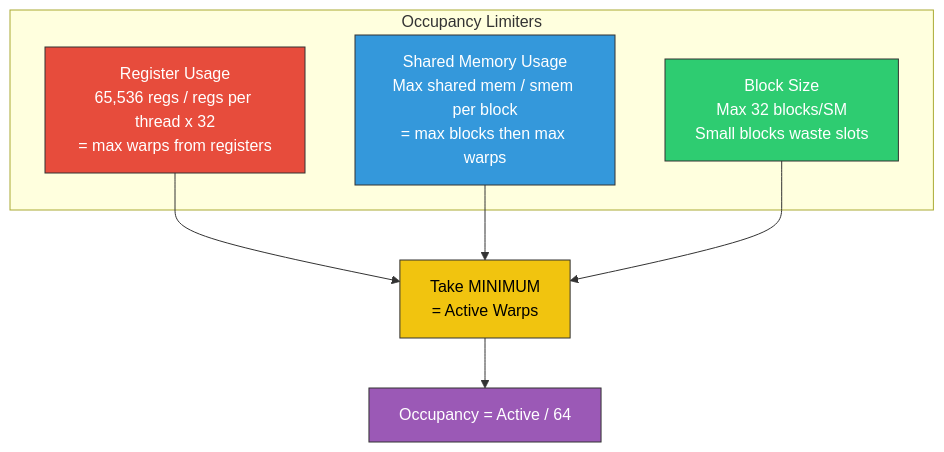
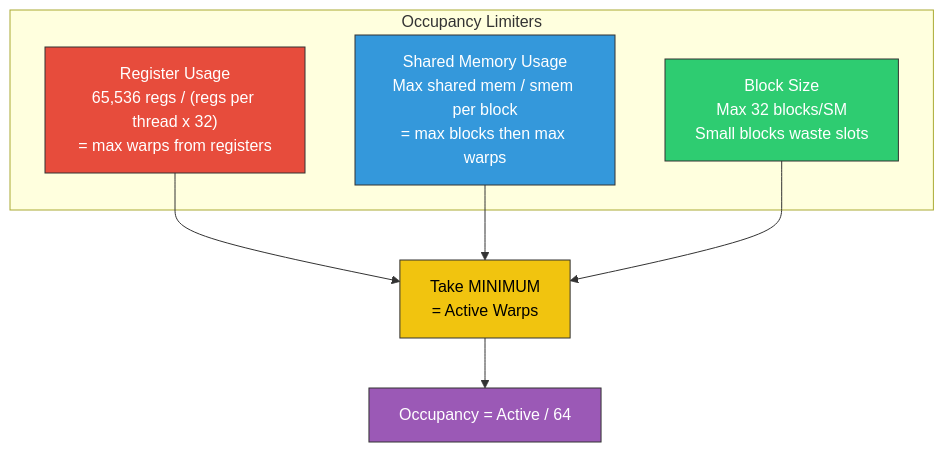
One commit to Darshan-Baslani/simple_portfolio changed diagram 15 of 33 in blog/gpu_masterclass/index.md. Above: the diagram before and after it, drawn with Mermaid. The commit also changed 17 other files, not shown here.

````diff
--- a/blog/gpu_masterclass/index.md
+++ b/blog/gpu_masterclass/index.md
@@ -757,19 +757,19 @@
 ```mermaid
 graph TD
     subgraph "Occupancy Limiters"
-        REG["Register Usage<br/>65,536 regs / regs per thread x 32<br/>= max warps from registers"]
+        REG["Register Usage<br/>65,536 regs / (regs per thread x 32)<br/>= max warps from registers"]
         SMEM_L["Shared Memory Usage<br/>Max shared mem / smem per block<br/>= max blocks then max warps"]
         BLK["Block Size<br/>Max 32 blocks/SM<br/>Small blocks waste slots"]
     end
     
     REG --> MIN["Take MINIMUM<br/>= Active Warps"]
     SMEM_L --> MIN
     BLK --> MIN
     MIN --> OCC["Occupancy = Active / 64"]
     
     style REG fill:#e74c3c,stroke:#333,color:#fff
     style SMEM_L fill:#3498db,stroke:#333,color:#fff
     style BLK fill:#2ecc71,stroke:#333,color:#fff
     style MIN fill:#f1c40f,stroke:#333,color:#000
     style OCC fill:#9b59b6,stroke:#333,color:#fff
 ```
````
